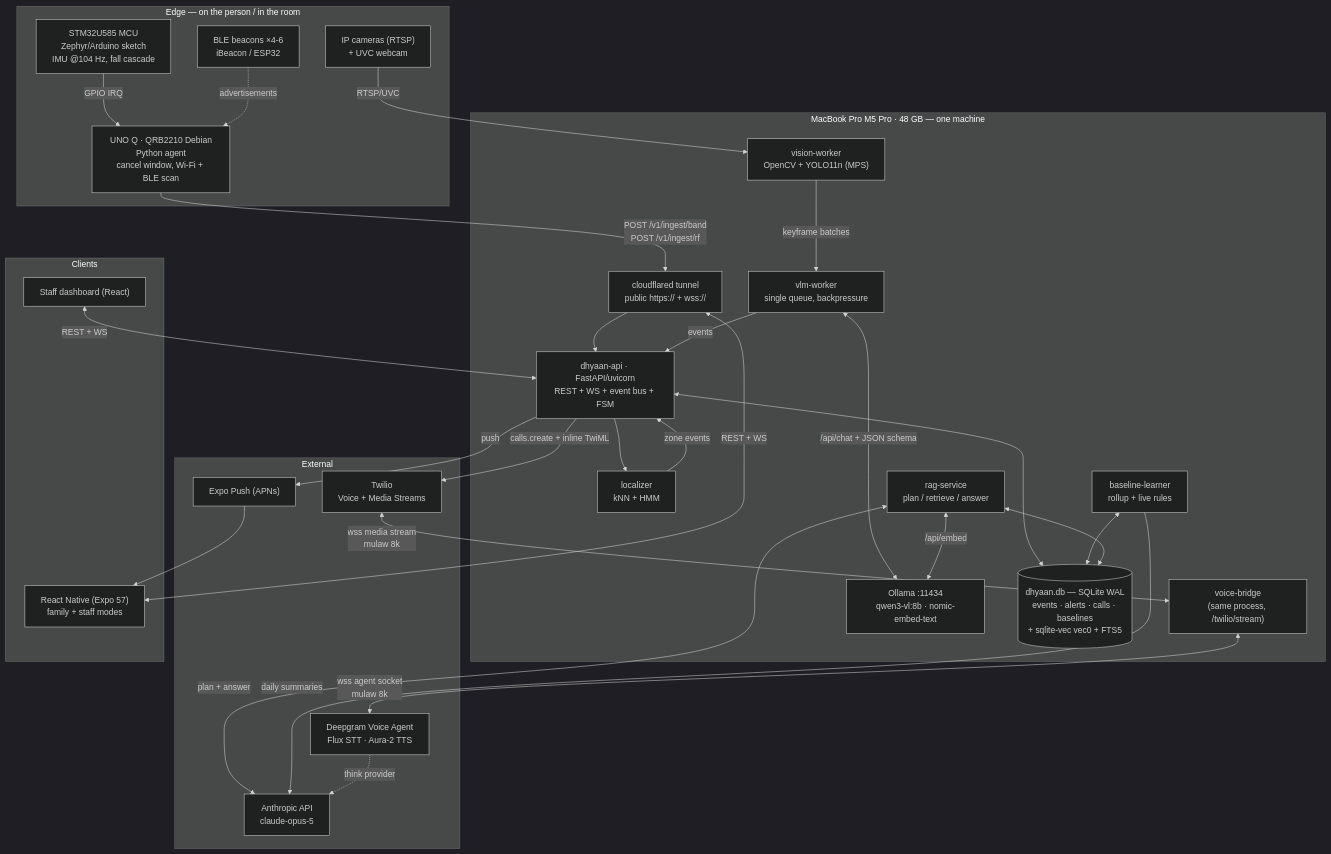
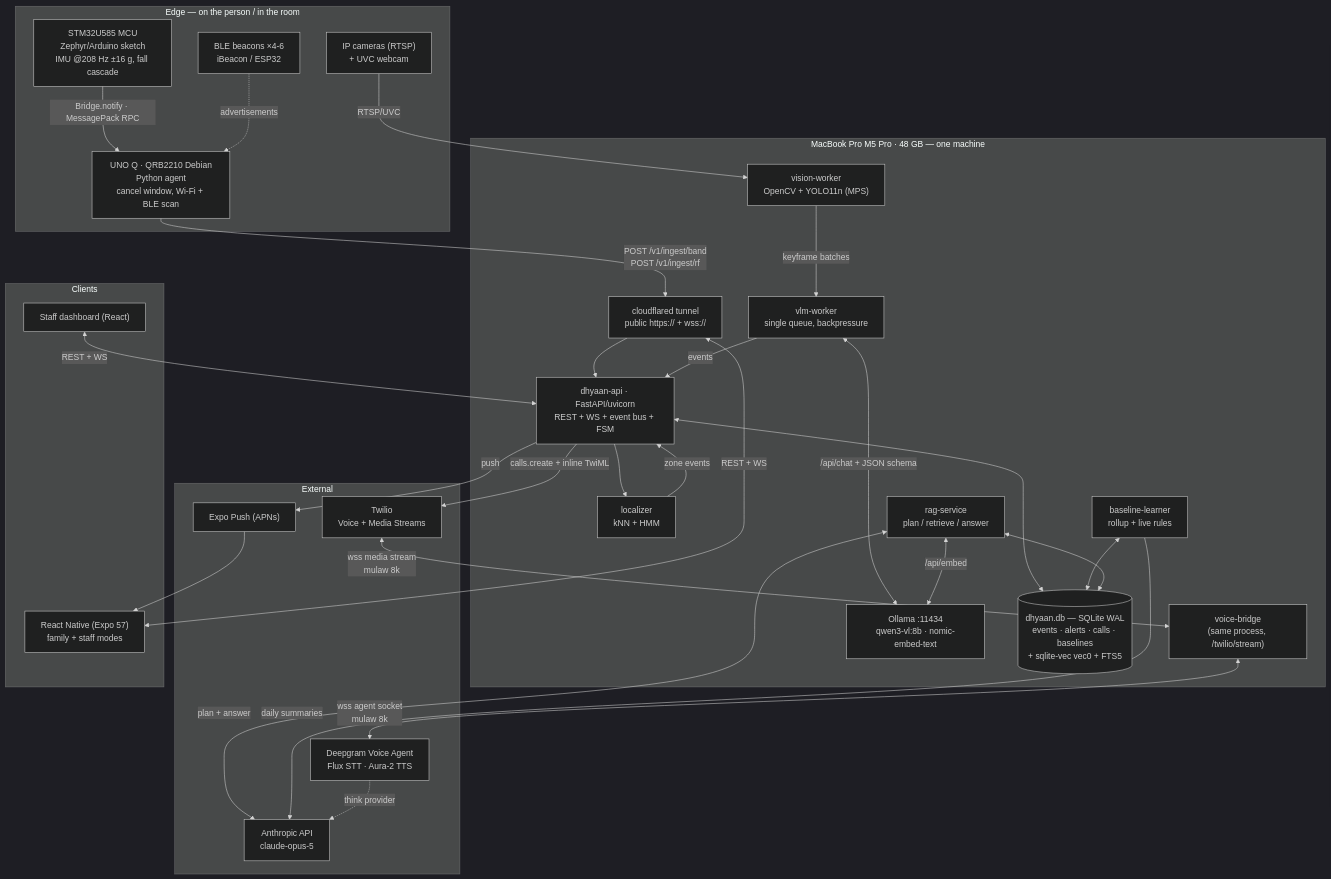
The first of 2 diagrams in TECHNICAL_PRD.md (ayushmk7/Dhyaan_HackMIT2026), drawn with Mermaid (dark theme) before and after one commit. The commit also changed other lines of this file and 7 other files, not shown here.

````diff
--- a/TECHNICAL_PRD.md
+++ b/TECHNICAL_PRD.md
@@ -83,59 +103,59 @@
 ```mermaid
 graph TB
     subgraph EDGE["Edge — on the person / in the room"]
-        MCU["STM32U585 MCU<br/>Zephyr/Arduino sketch<br/>IMU @104 Hz, fall cascade"]
+        MCU["STM32U585 MCU<br/>Zephyr/Arduino sketch<br/>IMU @208 Hz ±16 g, fall cascade"]
         LNX["UNO Q · QRB2210 Debian<br/>Python agent<br/>cancel window, Wi-Fi + BLE scan"]
         BCN["BLE beacons ×4-6<br/>iBeacon / ESP32"]
         CAM["IP cameras (RTSP)<br/>+ UVC webcam"]
-        MCU -->|GPIO IRQ| LNX
+        MCU -->|Bridge.notify · MessagePack RPC| LNX
         BCN -.->|advertisements| LNX
     end
 
     subgraph MAC["MacBook Pro M5 Pro · 48 GB — one machine"]
         API["dhyaan-api · FastAPI/uvicorn<br/>REST + WS + event bus + FSM"]
         BRIDGE["voice-bridge<br/>(same process, /twilio/stream)"]
         VISION["vision-worker<br/>OpenCV + YOLO11n (MPS)"]
         VLMQ["vlm-worker<br/>single queue, backpressure"]
         LOC["localizer<br/>kNN + HMM"]
         LEARN["baseline-learner<br/>rollup + live rules"]
         RAG["rag-service<br/>plan / retrieve / answer"]
         OLL["Ollama :11434<br/>qwen3-vl:8b · nomic-embed-text"]
         DB[("dhyaan.db — SQLite WAL<br/>events · alerts · calls · baselines<br/>+ sqlite-vec vec0 + FTS5")]
         TUN["cloudflared tunnel<br/>public https:// + wss://"]
     end
 
     subgraph CLOUD["External"]
         TW["Twilio<br/>Voice + Media Streams"]
         DG["Deepgram Voice Agent<br/>Flux STT · Aura-2 TTS"]
         ANT["Anthropic API<br/>claude-opus-5"]
         EXPO["Expo Push (APNs)"]
     end
 
     subgraph APPS["Clients"]
         RN["React Native (Expo 57)<br/>family + staff modes"]
         WEB["Staff dashboard (React)"]
     end
 
     LNX -->|"POST /v1/ingest/band<br/>POST /v1/ingest/rf"| TUN
     CAM -->|RTSP/UVC| VISION
     TUN --> API
     VISION -->|keyframe batches| VLMQ
     VLMQ <-->|/api/chat + JSON schema| OLL
     VLMQ -->|events| API
     LOC -->|zone events| API
     API --> LOC
     API <--> DB
     LEARN <--> DB
     RAG <--> DB
     RAG <-->|/api/embed| OLL
     RAG <-->|plan + answer| ANT
     LEARN -->|daily summaries| ANT
     API -->|"calls.create + inline TwiML"| TW
     TW <-->|"wss media stream<br/>mulaw 8k"| BRIDGE
     BRIDGE <-->|"wss agent socket<br/>mulaw 8k"| DG
     DG -.->|think provider| ANT
     API -->|push| EXPO
     EXPO --> RN
     RN <-->|"REST + WS"| TUN
     WEB <-->|"REST + WS"| API
 ```
````
